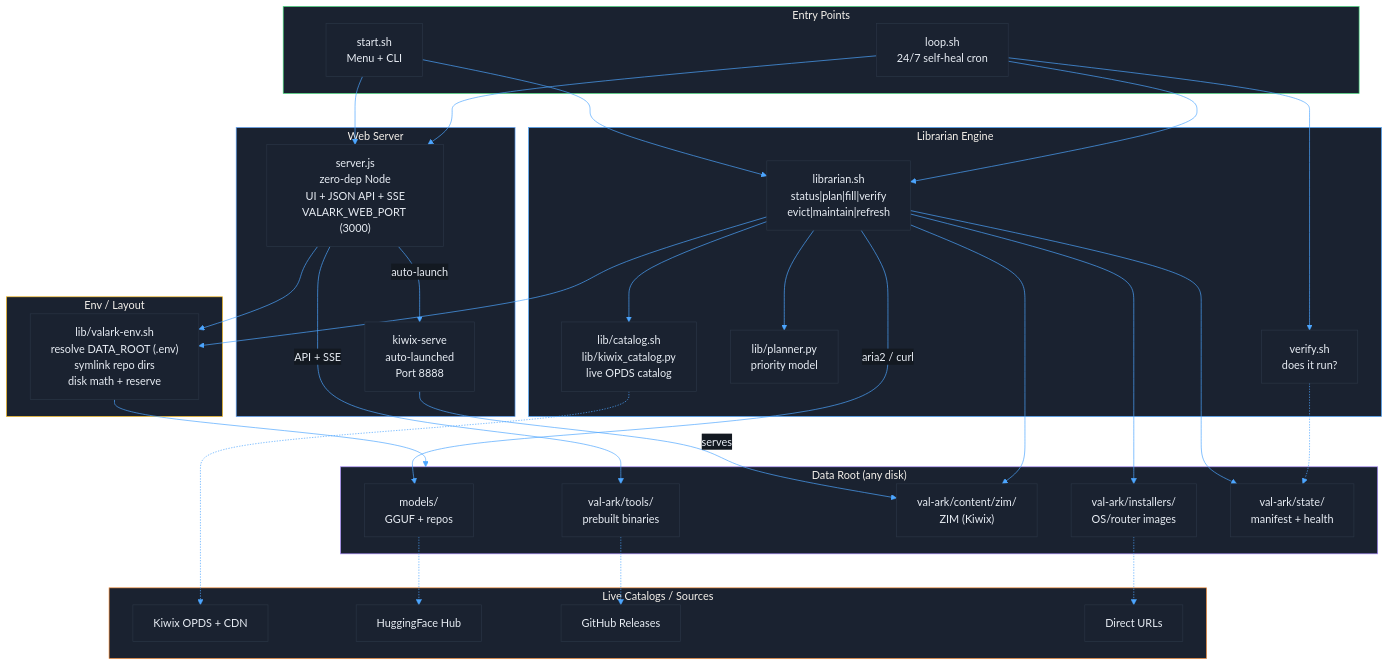
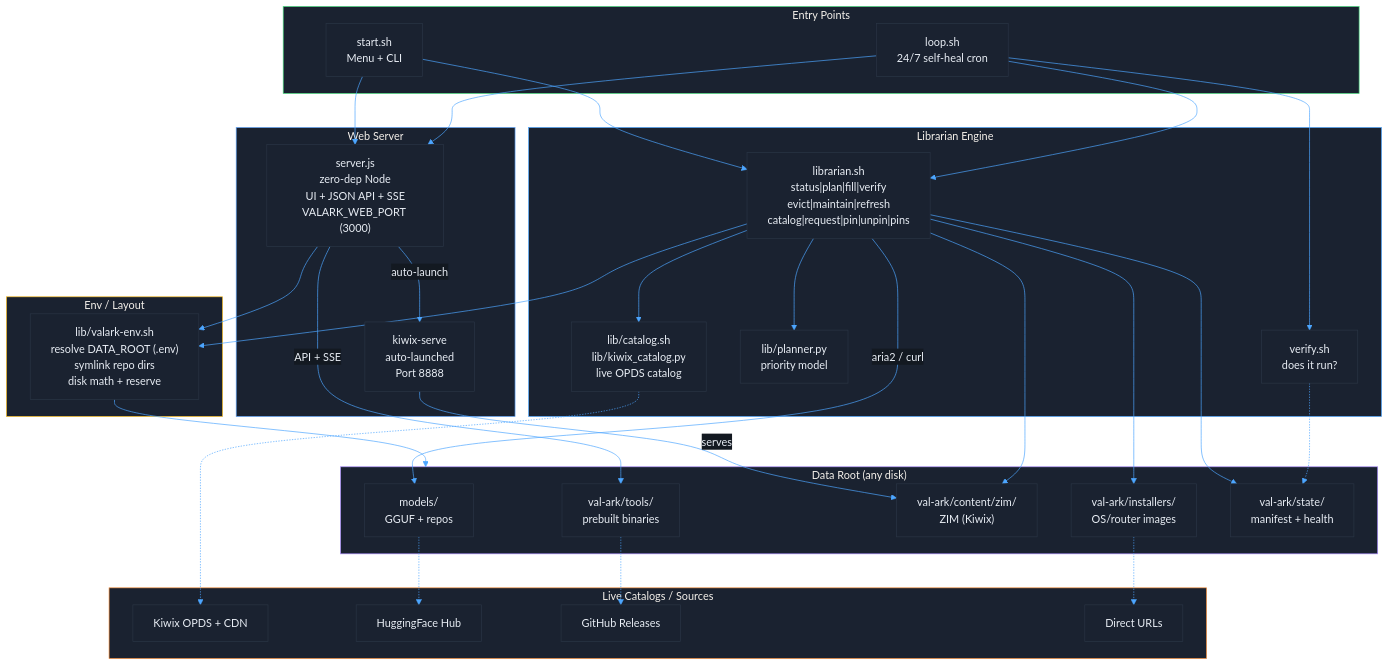
One commit to mvalancy/val-ark changed the first of 6 diagrams in docs/ARCHITECTURE.md. Above: the diagram before and after it, drawn with Mermaid. The commit also changed other lines of this file and 12 other files, not shown here.

````diff
--- a/docs/ARCHITECTURE.md
+++ b/docs/ARCHITECTURE.md
@@ -29,78 +29,78 @@
 ```mermaid
 %%{init: {'theme': 'base', 'themeVariables': {
   'primaryColor': '#1a2230',
   'primaryBorderColor': '#2a3545',
   'primaryTextColor': '#e8edf4',
   'lineColor': '#4da6ff',
   'secondaryColor': '#131921',
   'tertiaryColor': '#0a0e14'
 }}}%%
 graph TB
     subgraph Entry["Entry Points"]
         style Entry fill:#1a2230,stroke:#4ade80
         START["start.sh<br/>Menu + CLI"]
         LOOP["loop.sh<br/>24/7 self-heal cron"]
     end
 
     subgraph WebServer["Web Server"]
         style WebServer fill:#1a2230,stroke:#60a5fa
         SERVER["server.js<br/>zero-dep Node<br/>UI + JSON API + SSE<br/>VALARK_WEB_PORT (3000)"]
         KIWIX["kiwix-serve<br/>auto-launched<br/>Port 8888"]
     end
 
     subgraph Engine["Librarian Engine"]
         style Engine fill:#1a2230,stroke:#4da6ff
-        LIB["librarian.sh<br/>status|plan|fill|verify<br/>evict|maintain|refresh"]
+        LIB["librarian.sh<br/>status|plan|fill|verify<br/>evict|maintain|refresh<br/>catalog|request|pin|unpin|pins"]
         CAT["lib/catalog.sh<br/>lib/kiwix_catalog.py<br/>live OPDS catalog"]
         PLAN["lib/planner.py<br/>priority model"]
         VERIFY["verify.sh<br/>does it run?"]
     end
 
     subgraph EnvLayer["Env / Layout"]
         style EnvLayer fill:#1a2230,stroke:#fbbf24
         ENV["lib/valark-env.sh<br/>resolve DATA_ROOT (.env)<br/>symlink repo dirs<br/>disk math + reserve"]
     end
 
     subgraph Storage["Data Root (any disk)"]
         style Storage fill:#1a2230,stroke:#a78bfa
         MODELS["models/<br/>GGUF + repos"]
         TOOLS["val-ark/tools/<br/>prebuilt binaries"]
         CONTENT["val-ark/content/zim/<br/>ZIM (Kiwix)"]
         INSTALLERS["val-ark/installers/<br/>OS/router images"]
         STATE["val-ark/state/<br/>manifest + health"]
     end
 
     subgraph External["Live Catalogs / Sources"]
         style External fill:#1a2230,stroke:#fb923c
         KIWIXCDN["Kiwix OPDS + CDN"]
         HF["HuggingFace Hub"]
         GITHUB["GitHub Releases"]
         DIRECT["Direct URLs"]
     end
 
     START --> LIB
     START --> SERVER
     LOOP --> LIB
     LOOP --> VERIFY
     LOOP --> SERVER
 
     SERVER --> ENV
     LIB --> ENV
     LIB --> CAT
     LIB --> PLAN
     CAT -.-> KIWIXCDN
     ENV --> Storage
 
     SERVER -->|API + SSE| TOOLS
     SERVER -->|auto-launch| KIWIX
     KIWIX -->|serves| CONTENT
 
     LIB -->|aria2 / curl| MODELS
     LIB --> CONTENT
     LIB --> INSTALLERS
     LIB --> STATE
     MODELS -.-> HF
     TOOLS -.-> GITHUB
     INSTALLERS -.-> DIRECT
     VERIFY -.-> STATE
 ```
````
